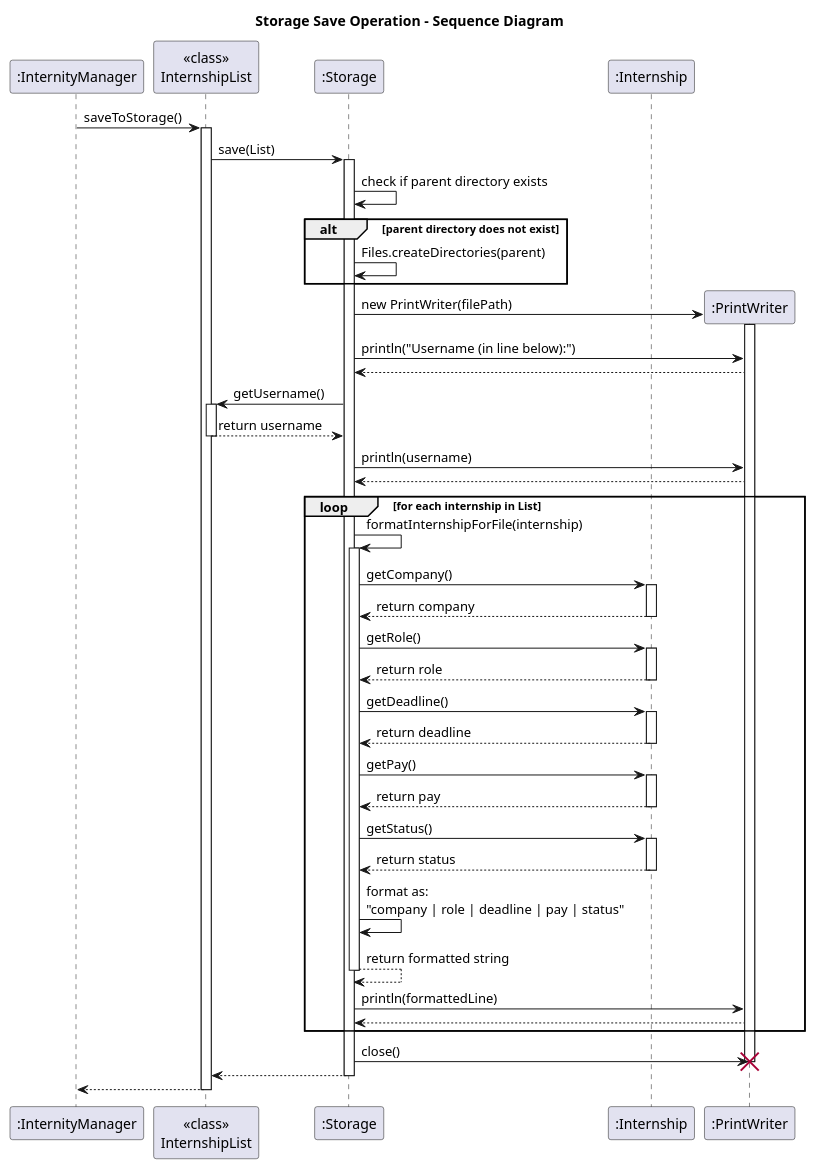
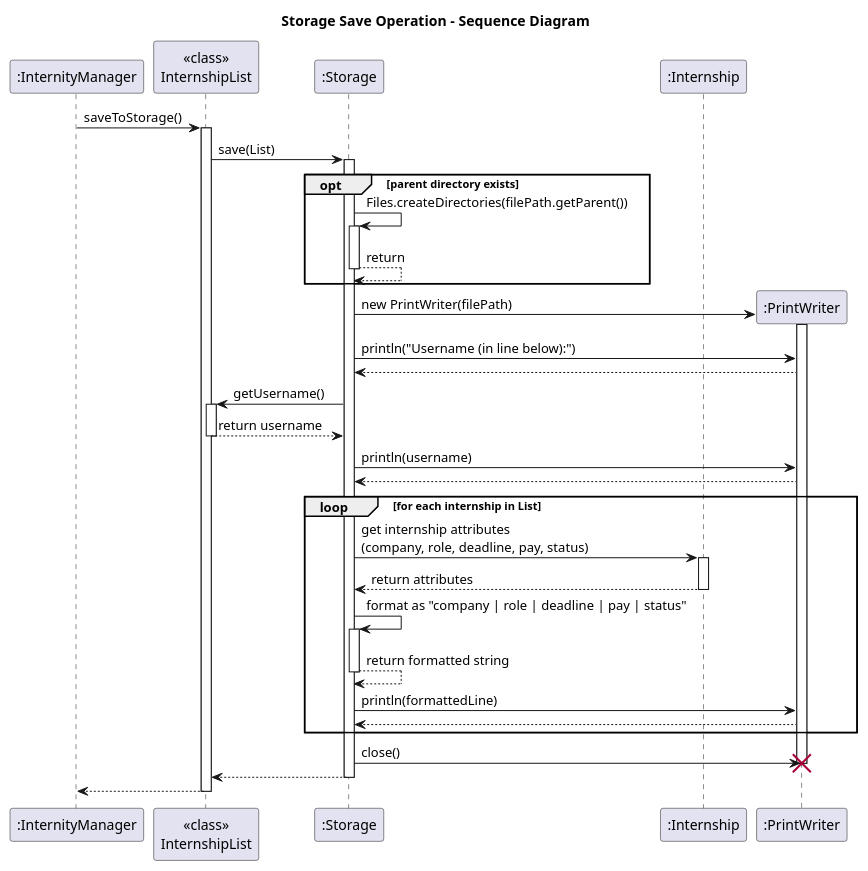
One commit to AY2526S1-CS2113-W14-4/tp changed the diagram in docs/diagrams/StorageSaveSD.puml. Above: the diagram before and after it, drawn with PlantUML. The commit also changed 3 other files, not shown here.

Commit message:
Update storage UML

```diff
--- a/docs/diagrams/StorageSaveSD.puml
+++ b/docs/diagrams/StorageSaveSD.puml
@@ -1,82 +1,59 @@
 @startuml
 title Storage Save Operation - Sequence Diagram
 
 participant ":InternityManager" as IM
 participant "<<class>>\nInternshipList" as IL
 participant ":Storage" as S
 participant ":Internship" as Intern
 
 IM -> IL: saveToStorage()
 activate IL
-
 IL -> S: save(List)
 activate S
 
-S -> S: check if parent directory exists
-alt parent directory does not exist
-    S -> S: Files.createDirectories(parent)
+' === Directory check with nested activation ===
+opt parent directory exists
+    S -> S: Files.createDirectories(filePath.getParent())
+    activate S
+    S --> S: return
+    deactivate S
 end
 
+' === Continue with save process ===
 create ":PrintWriter" as PW
 S -> PW**: new PrintWriter(filePath)
 activate PW
 
 S -> PW: println("Username (in line below):")
-PW --> S:
-
+PW --> S
 S -> IL: getUsername()
 activate IL
 IL --> S: return username
 deactivate IL
-
 S -> PW: println(username)
-PW --> S:
+PW --> S
 
 loop for each internship in List
-    S -> S: formatInternshipForFile(internship)
-    activate S
-
-    S -> Intern: getCompany()
+    S -> Intern: get internship attributes\n(company, role, deadline, pay, status)
     activate Intern
-    Intern --> S: return company
+    Intern --> S: return attributes
     deactivate Intern
 
-    S -> Intern: getRole()
-    activate Intern
-    Intern --> S: return role
-    deactivate Intern
-
-    S -> Intern: getDeadline()
-    activate Intern
-    Intern --> S: return deadline
-    deactivate Intern
-
-    S -> Intern: getPay()
-    activate Intern
-    Intern --> S: return pay
-    deactivate Intern
-
-    S -> Intern: getStatus()
-    activate Intern
-    Intern --> S: return status
-    deactivate Intern
-
-    S -> S: format as:\n"company | role | deadline | pay | status"
+    S -> S: format as "company | role | deadline | pay | status"
+    activate S
     S --> S: return formatted string
     deactivate S
 
     S -> PW: println(formattedLine)
-    PW --> S:
+    PW --> S
 end
 
 S -> PW: close()
 deactivate PW
 destroy PW
 
-S --> IL:
+S --> IL
 deactivate S
-
-IL --> IM:
+IL --> IM
 deactivate IL
-
 @enduml
```
